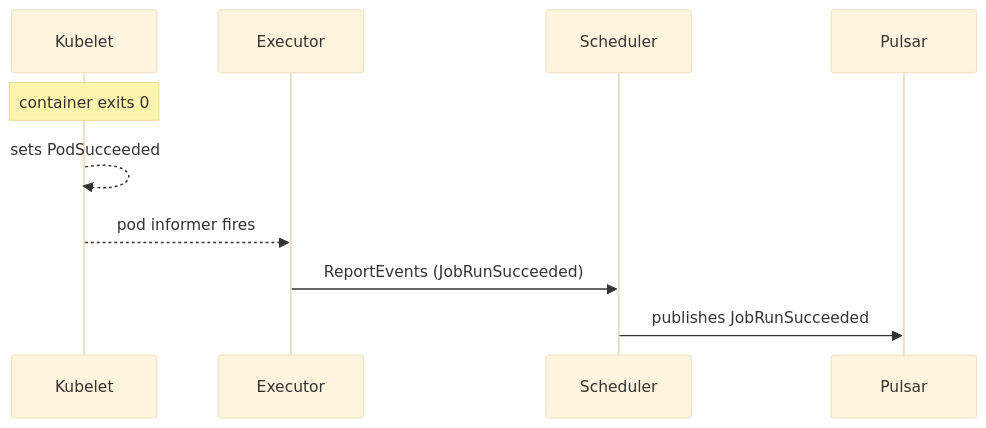
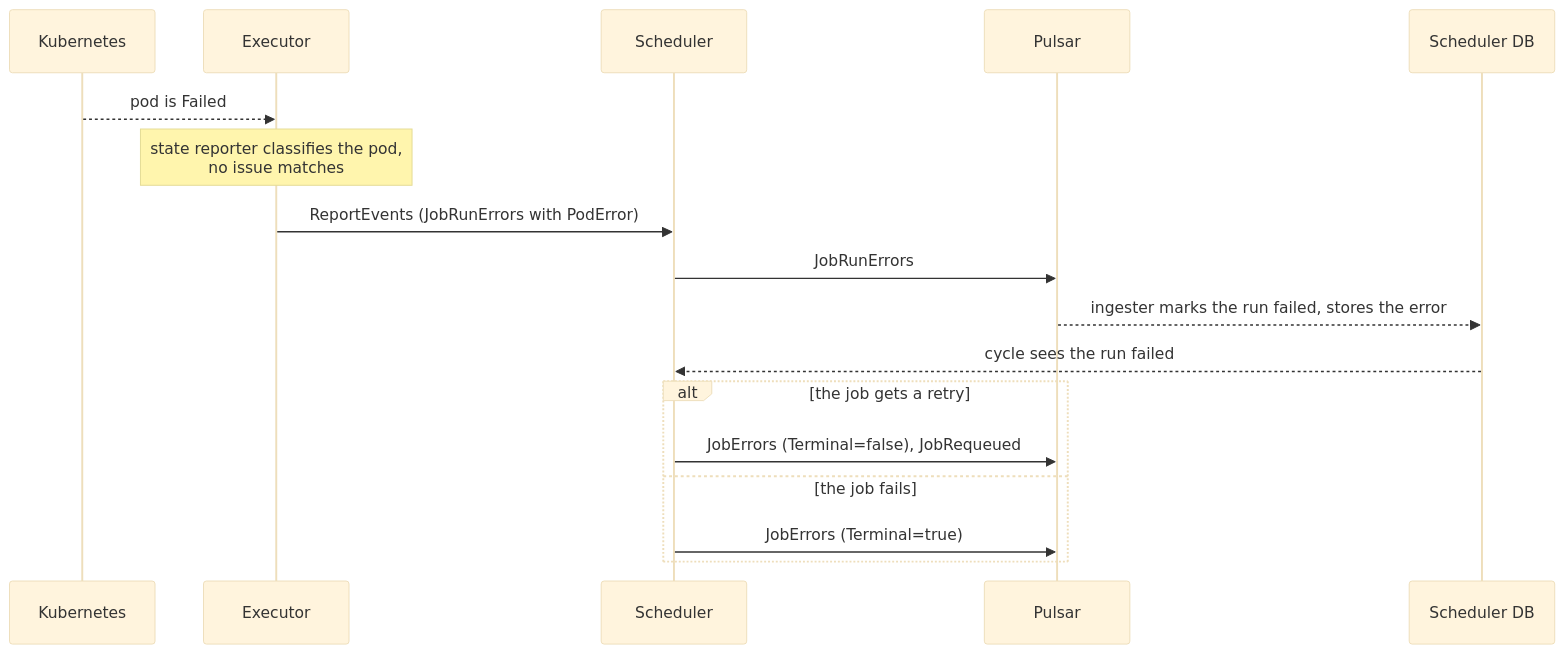
Before and after one commit to armadaproject/armada: the fifth of 11 diagrams in docs/developer/job-lifecycle-events.md, drawn with Mermaid (base theme). The commit also changed other lines of this file, not shown here.

First line of the commit message:
Correct and restructure the job lifecycle events doc (#5347)

````diff
--- a/docs/developer/job-lifecycle-events.md
+++ b/docs/developer/job-lifecycle-events.md
@@ -225,12 +368,19 @@
 ```mermaid
 sequenceDiagram
-    participant K as Kubelet
+    participant K as Kubernetes
     participant E as Executor
     participant Sc as Scheduler
     participant P as Pulsar
-    Note over K: container exits 0
-    K-->>K: sets PodSucceeded
-    K-->>E: pod informer fires
-    E->>Sc: ReportEvents (JobRunSucceeded)
-    Sc->>P: publishes JobRunSucceeded
+    participant Pg as Scheduler DB
+    K-->>E: pod is Failed
+    Note over E: state reporter classifies the pod,<br/>no issue matches
+    E->>Sc: ReportEvents (JobRunErrors with PodError)
+    Sc->>P: JobRunErrors
+    P-->>Pg: ingester marks the run failed, stores the error
+    Pg-->>Sc: cycle sees the run failed
+    alt the job gets a retry
+        Sc->>P: JobErrors (Terminal=false), JobRequeued
+    else the job fails
+        Sc->>P: JobErrors (Terminal=true)
+    end
 ```
````
